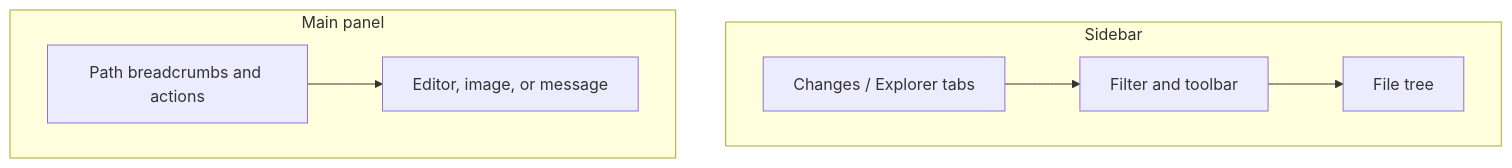
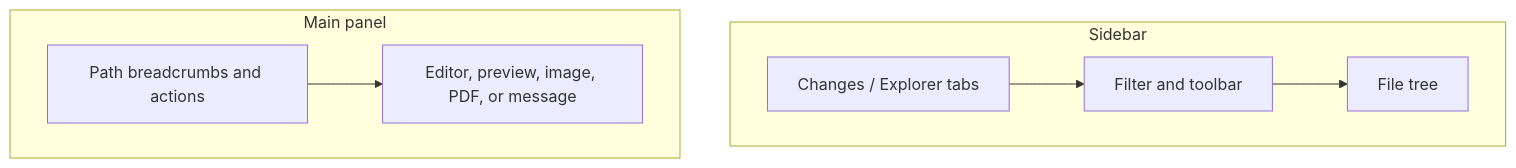
The diagram in docs/specs/explorer.md (felipefdl/deathpush), drawn with Mermaid before and after one commit. The commit also changed other lines of this file and 25 other files, not shown here.

````diff
--- a/docs/specs/explorer.md
+++ b/docs/specs/explorer.md
@@ -14,14 +14,14 @@
 ```mermaid
 flowchart TB
   subgraph sidebar [Sidebar]
     tabs[Changes / Explorer tabs]
     header[Filter and toolbar]
     tree[File tree]
   end
   subgraph main [Main panel]
     fileHeader[Path breadcrumbs and actions]
-    fileBody[Editor, image, or message]
+    fileBody[Editor, preview, image, PDF, or message]
   end
   tabs --> header --> tree
   fileHeader --> fileBody
 ```
````
